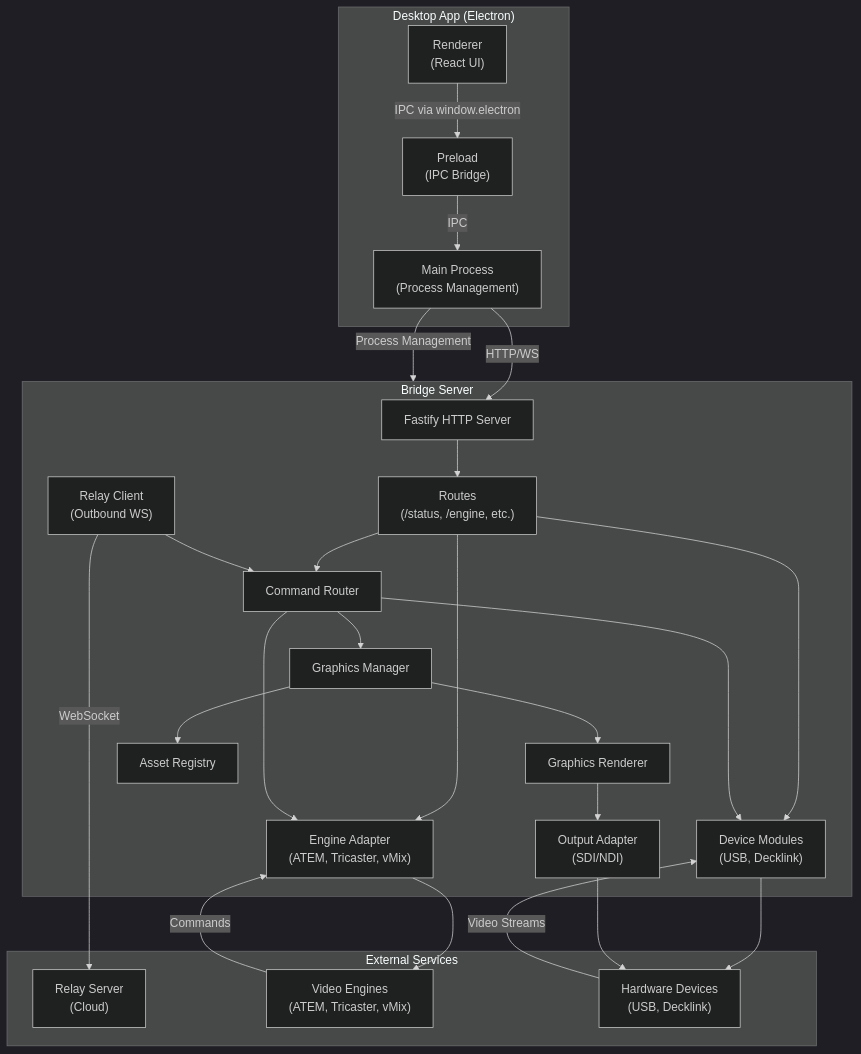
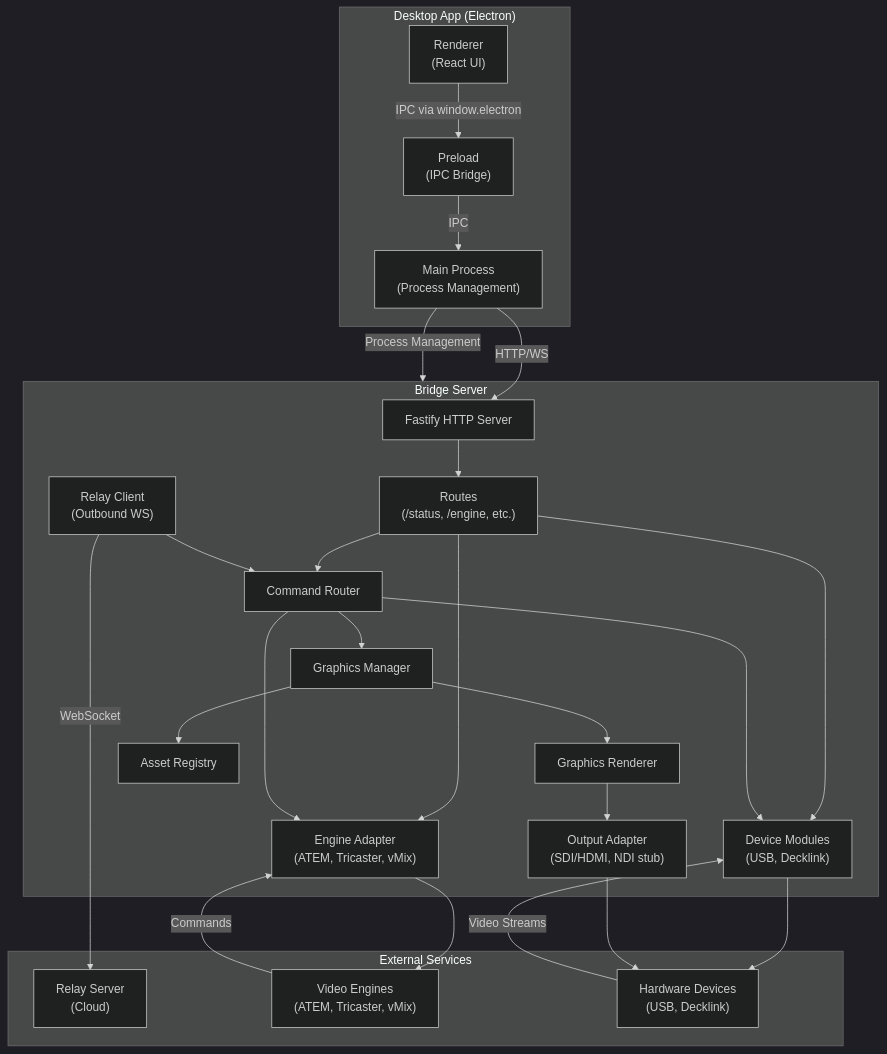
Before and after one commit to pivotrecruiting/broadify-bridge: the first of 9 diagrams in docs/BRIDGE_ARCHITECTURE.md, drawn with Mermaid (dark theme). The commit also changed other lines of this file and 11 other files, not shown here.

````diff
--- a/docs/BRIDGE_ARCHITECTURE.md
+++ b/docs/BRIDGE_ARCHITECTURE.md
@@ -107,53 +107,53 @@
 ```mermaid
 graph TB
     subgraph Desktop["Desktop App (Electron)"]
         Renderer["Renderer<br/>(React UI)"]
         Preload["Preload<br/>(IPC Bridge)"]
         Main["Main Process<br/>(Process Management)"]
     end
 
     subgraph Bridge["Bridge Server"]
         Fastify["Fastify HTTP Server"]
         Routes["Routes<br/>(/status, /engine, etc.)"]
         Modules["Device Modules<br/>(USB, Decklink)"]
         EngineAdapter["Engine Adapter<br/>(ATEM, Tricaster, vMix)"]
         GraphicsManager["Graphics Manager"]
         GraphicsRenderer["Graphics Renderer"]
-        OutputAdapter["Output Adapter<br/>(SDI/NDI)"]
+        OutputAdapter["Output Adapter<br/>(SDI/HDMI, NDI stub)"]
         AssetRegistry["Asset Registry"]
         RelayClient["Relay Client<br/>(Outbound WS)"]
         CommandRouter["Command Router"]
     end
 
     subgraph External["External Services"]
         Relay["Relay Server<br/>(Cloud)"]
         Engines["Video Engines<br/>(ATEM, Tricaster, vMix)"]
         Devices["Hardware Devices<br/>(USB, Decklink)"]
     end
 
     Renderer -->|IPC via window.electron| Preload
     Preload -->|IPC| Main
     Main -->|HTTP/WS| Fastify
     Main -->|Process Management| Bridge
 
     Fastify --> Routes
     Routes --> Modules
     Routes --> EngineAdapter
     Routes --> CommandRouter
 
     RelayClient -->|WebSocket| Relay
     RelayClient --> CommandRouter
     CommandRouter --> EngineAdapter
     CommandRouter --> Modules
     CommandRouter --> GraphicsManager
     GraphicsManager --> GraphicsRenderer
     GraphicsManager --> AssetRegistry
     GraphicsRenderer --> OutputAdapter
 
     Modules --> Devices
     EngineAdapter --> Engines
     OutputAdapter --> Devices
 
     Engines -->|Commands| EngineAdapter
     Devices -->|Video Streams| Modules
 ```
````
